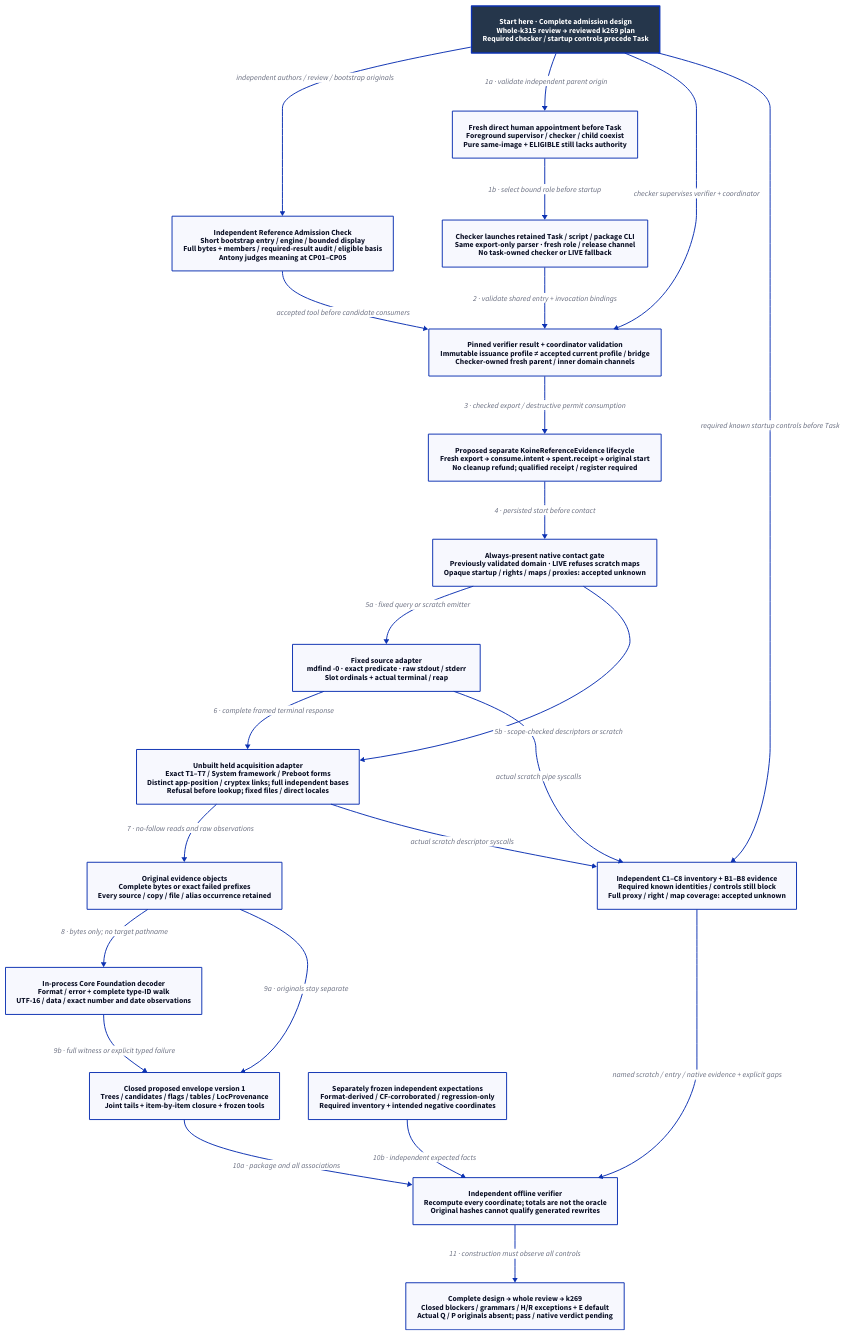
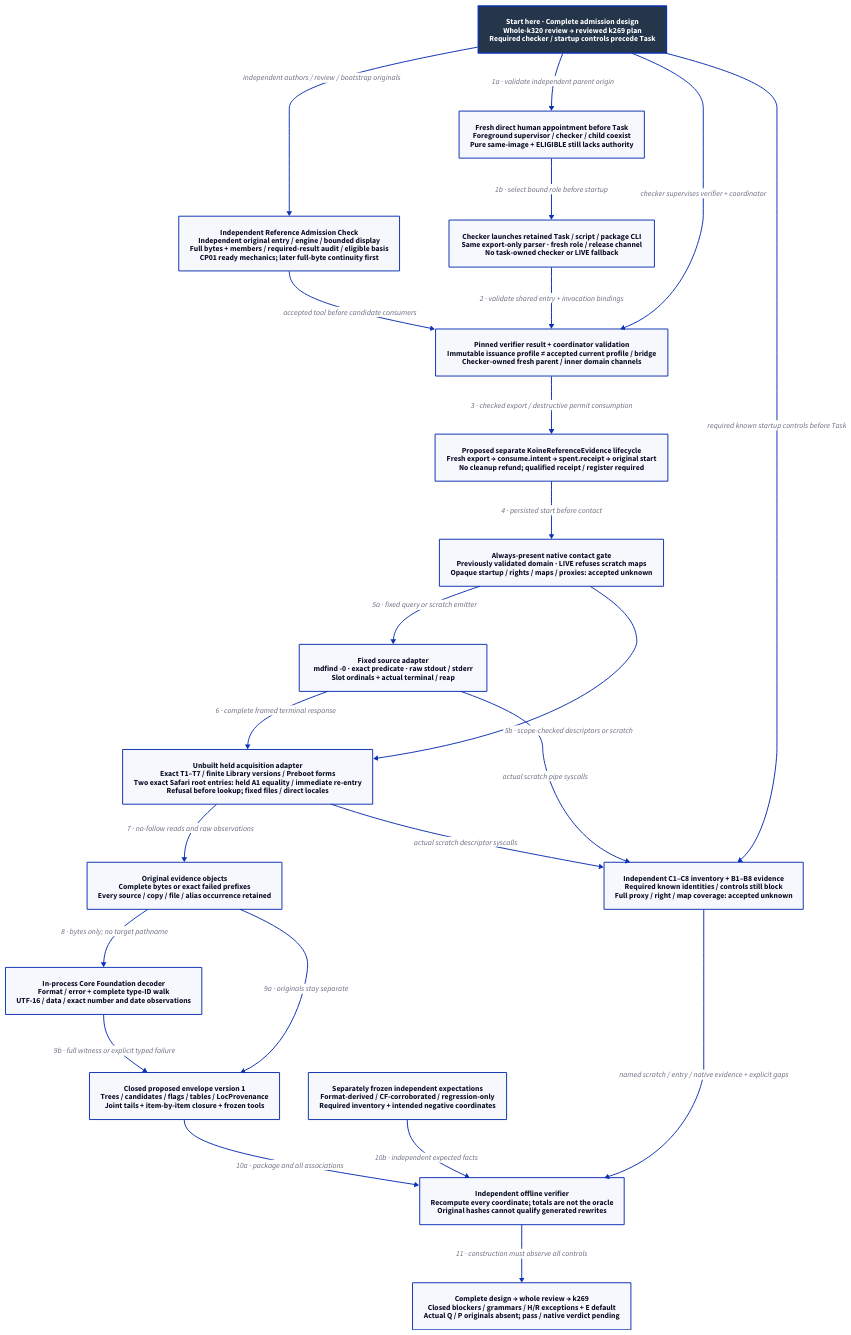
The diagram in docs/design/architecture/native-reference-instrument.d2 (Linkuistics/Koine), drawn with D2 before and after one commit. The commit also changed 49 other files, not shown here.

Commit message:
Repair coherent practical reference admission (reference-evidence-practical-admission-k320)

```diff
--- a/docs/design/architecture/native-reference-instrument.d2
+++ b/docs/design/architecture/native-reference-instrument.d2
@@ -1,43 +1,43 @@
 # Proposed evidence-tool components; none is implemented or qualified by this design.
 direction: down
 classes: {
   start: {style: {fill: "#25364B"; font-color: "#FFFFFF"; bold: true; stroke-width: 3}}
 }
-Start: "Start here · Complete admission design\nWhole-k315 review → reviewed k269 plan\nRequired checker / startup controls precede Task" {class: start}
+Start: "Start here · Complete admission design\nWhole-k320 review → reviewed k269 plan\nRequired checker / startup controls precede Task" {class: start}
 Role: "Fresh direct human appointment before Task\nForeground supervisor / checker / child coexist\nPure same-image + ELIGIBLE still lacks authority"
 Task: "Checker launches retained Task / script / package CLI\nSame export-only parser · fresh role / release channel\nNo task-owned checker or LIVE fallback"
 Admission: "Pinned verifier result + coordinator validation\nImmutable issuance profile ≠ accepted current profile / bridge\nChecker-owned fresh parent / inner domain channels"
 Authority: "Proposed separate KoineReferenceEvidence lifecycle\nFresh export → consume.intent → spent.receipt → original start\nNo cleanup refund; qualified receipt / register required"
 Gate: "Always-present native contact gate\nPreviously validated domain · LIVE refuses scratch maps\nOpaque startup / rights / maps / proxies: accepted unknown"
 Source: "Fixed source adapter\nmdfind -0 · exact predicate · raw stdout / stderr\nSlot ordinals + actual terminal / reap"
-Held: "Unbuilt held acquisition adapter\nExact T1–T7 / System framework / Preboot forms\nDistinct app-position / cryptex links; full independent bases\nRefusal before lookup; fixed files / direct locales"
+Held: "Unbuilt held acquisition adapter\nExact T1–T7 / finite Library versions / Preboot forms\nTwo exact Safari root entries: held A1 equality / immediate re-entry\nRefusal before lookup; fixed files / direct locales"
 Objects: "Original evidence objects\nComplete bytes or exact failed prefixes\nEvery source / copy / file / alias occurrence retained"
 Decoder: "In-process Core Foundation decoder\nFormat / error + complete type-ID walk\nUTF-16 / data / exact number and date observations"
 Envelope: "Closed proposed envelope version 1\nTrees / candidates / flags / tables / LocProvenance\nJoint tails + item-by-item closure + frozen tools"
 Oracle: "Separately frozen independent expectations\nFormat-derived / CF-corroborated / regression-only\nRequired inventory + intended negative coordinates"
 Observer: "Independent C1–C8 inventory + B1–B8 evidence\nRequired known identities / controls still block\nFull proxy / right / map coverage: accepted unknown"
 Verifier: "Independent offline verifier\nRecompute every coordinate; totals are not the oracle\nOriginal hashes cannot qualify generated rewrites"
 Boundary: "Complete design → whole review → k269\nClosed blockers / grammars / H/R exceptions + E default\nActual Q / P originals absent; pass / native verdict pending"
-Compare: "Independent Reference Admission Check\nShort bootstrap entry / engine / bounded display\nFull bytes + members / required-result audit / eligible basis\nAntony judges meaning at CP01–CP05"
+Compare: "Independent Reference Admission Check\nIndependent original entry / engine / bounded display\nFull bytes + members / required-result audit / eligible basis\nCP01 ready mechanics; later full-byte continuity first"
 Compare -> Admission: "accepted tool before candidate consumers"
 Start -> Compare: "independent authors / review / bootstrap originals"
 Start -> Role: "1a · validate independent parent origin"
 Role -> Task: "1b · select bound role before startup"
 Start -> Admission: "checker supervises verifier + coordinator"
 Start -> Observer: "required known startup controls before Task"
 Task -> Admission: "2 · validate shared entry + invocation bindings"
 Admission -> Authority: "3 · checked export / destructive permit consumption"
 Authority -> Gate: "4 · persisted start before contact"
 Gate -> Source: "5a · fixed query or scratch emitter"
 Gate -> Held: "5b · scope-checked descriptors or scratch"
 Source -> Held: "6 · complete framed terminal response"
 Held -> Objects: "7 · no-follow reads and raw observations"
 Objects -> Decoder: "8 · bytes only; no target pathname"
 Objects -> Envelope: "9a · originals stay separate"
 Decoder -> Envelope: "9b · full witness or explicit typed failure"
 Envelope -> Verifier: "10a · package and all associations"
 Oracle -> Verifier: "10b · independent expected facts"
 Source -> Observer: "actual scratch pipe syscalls"
 Held -> Observer: "actual scratch descriptor syscalls"
 Observer -> Verifier: "named scratch / entry / native evidence + explicit gaps"
 Verifier -> Boundary: "11 · construction must observe all controls"
```
